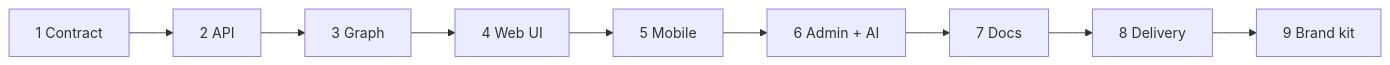
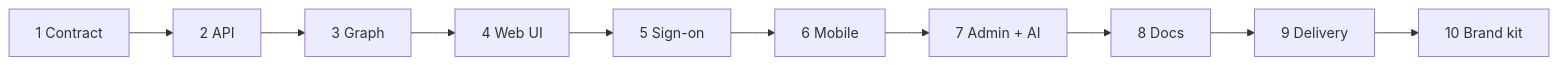
Before and after one commit to cyberscallywags/sgaffald: the diagram in docs/content/handbook/from-scratch.md, drawn with Mermaid. The commit also changed other lines of this file and 2 other files, not shown here.

First line of the commit message:
DOCS: add the Sign-on handbook page

````diff
--- a/docs/content/handbook/from-scratch.md
+++ b/docs/content/handbook/from-scratch.md
@@ -9,5 +9,6 @@
 ```mermaid
 flowchart LR
-    s1[1 Contract] --> s2[2 API] --> s3[3 Graph] --> s4[4 Web UI] --> s5[5 Mobile]
-    s5 --> s6[6 Admin + AI] --> s7[7 Docs] --> s8[8 Delivery] --> s9[9 Brand kit]
+    s1[1 Contract] --> s2[2 API] --> s3[3 Graph] --> s4[4 Web UI] --> s5[5 Sign-on]
+    s5 --> s6[6 Mobile] --> s7[7 Admin + AI] --> s8[8 Docs] --> s9[9 Delivery]
+    s9 --> s10[10 Brand kit]
 ```
````
